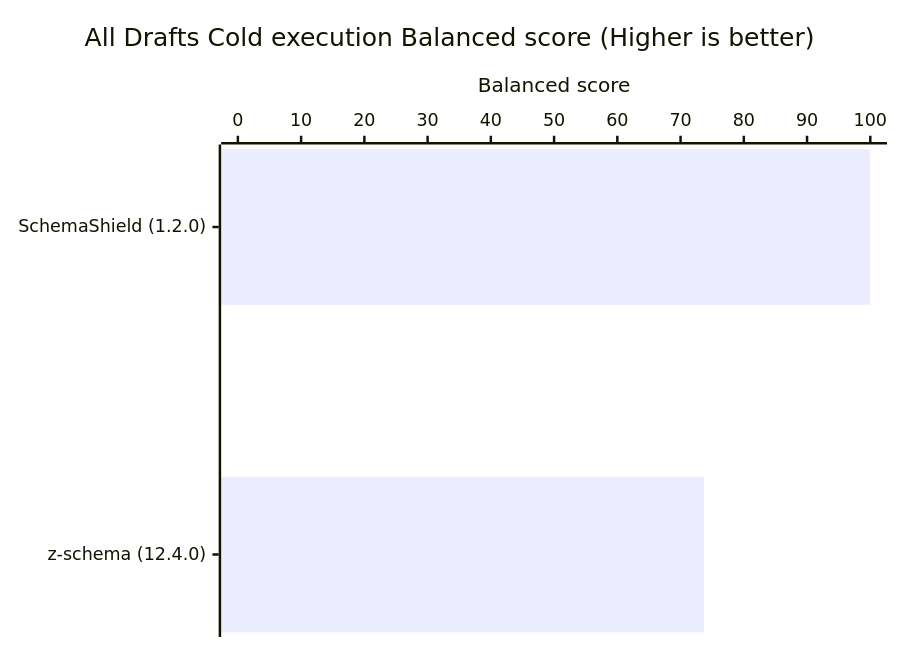
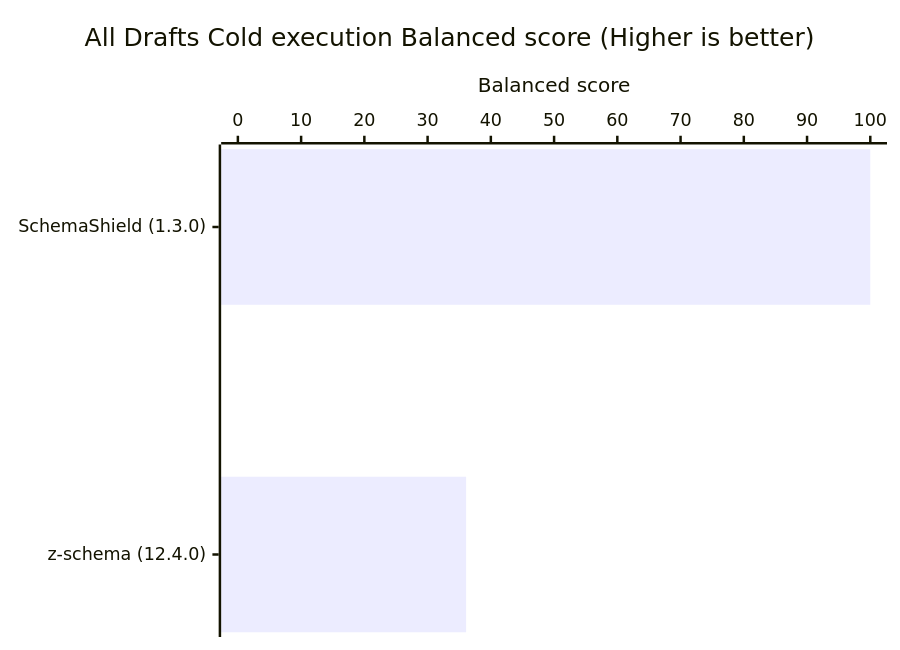
Before and after one commit to Masquerade-Circus/json-schema-validator-bench: the seventh of 8 diagrams in README.md, drawn with Mermaid. The commit also changed other lines of this file and 238 other files, not shown here.

````diff
--- a/README.md
+++ b/README.md
@@ -260,7 +260,7 @@
 ```mermaid
 xychart horizontal
     title "All Drafts Cold execution Balanced score (Higher is better)"
-    x-axis ["SchemaShield (1.2.0)", "z-schema (12.4.0)"]
+    x-axis ["SchemaShield (1.3.0)", "z-schema (12.4.0)"]
     y-axis "Balanced score" 0 --> 100
-    bar [100, 73.688]
+    bar [100, 36.091]
 ```
````
